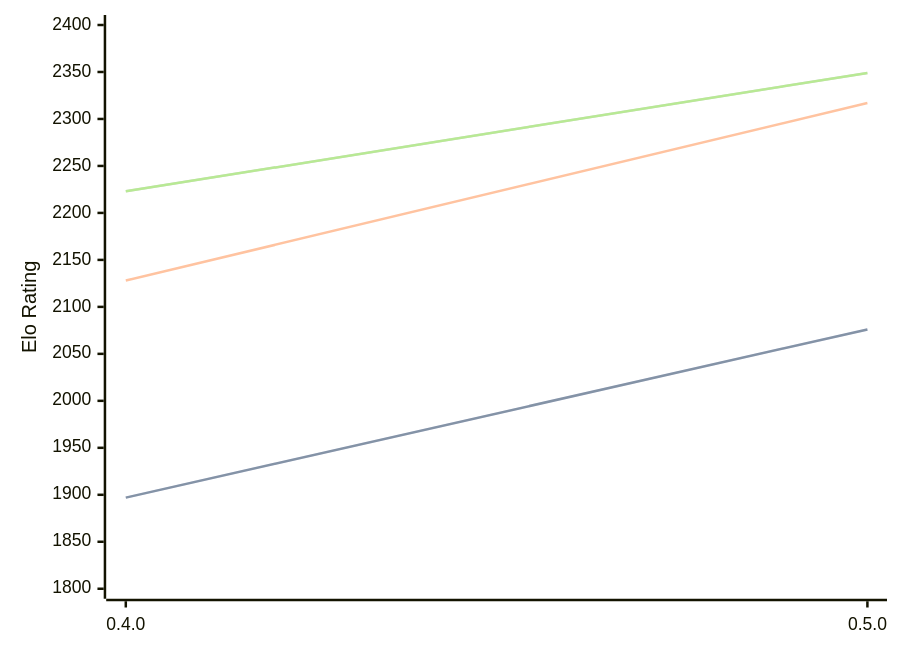
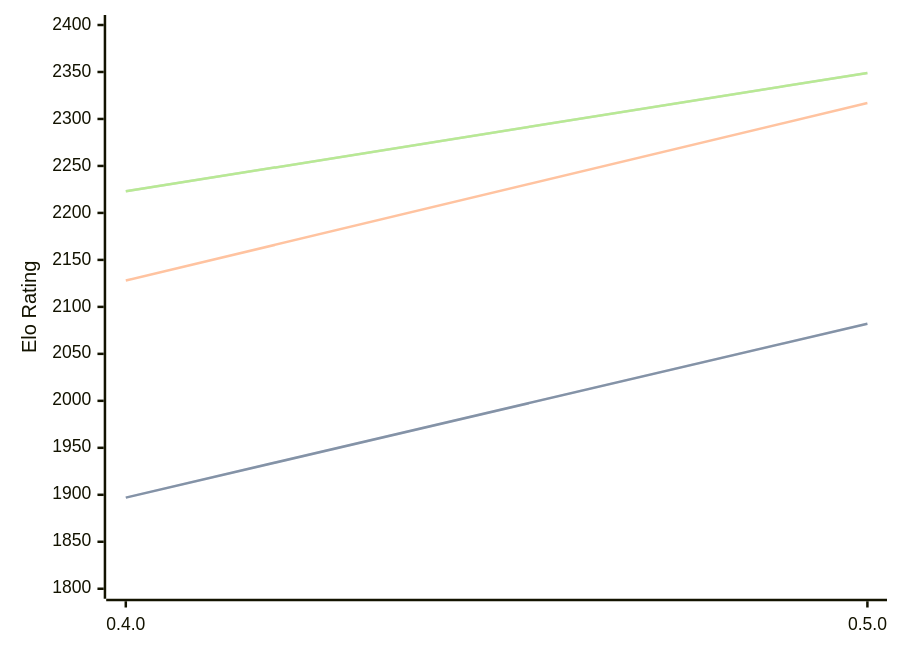
One commit to computer-chess-index/cci changed the diagram in engines/Atenika.md. Above: the diagram before and after it, drawn with Mermaid. The commit also changed other lines of this file, not shown here.

````diff
--- a/engines/Atenika.md
+++ b/engines/Atenika.md
@@ -32,11 +32,11 @@
 ```mermaid
 %%{init: {"theme":"base","themeVariables":{"seriesColors:['#a3a3a3','#222221','#faa371']}}}%%
 xychart-beta
   x-axis ["0.4.0", "0.5.0"]
   y-axis "Elo Rating" 1800 --> 2400
-  line "" [1897, 2076]
-  line "STC (8.0+0.08s)" [1897, 2076]
+  line "" [1897, 2082]
+  line "STC (8.0+0.08s)" [1897, 2082]
   line "LTC (60.0+0.60s)" [2128, 2317]
   line "" [2223, 2349]
   line "VLTC (2m24s+1.12s)" [2223, 2349]
 ```
````
